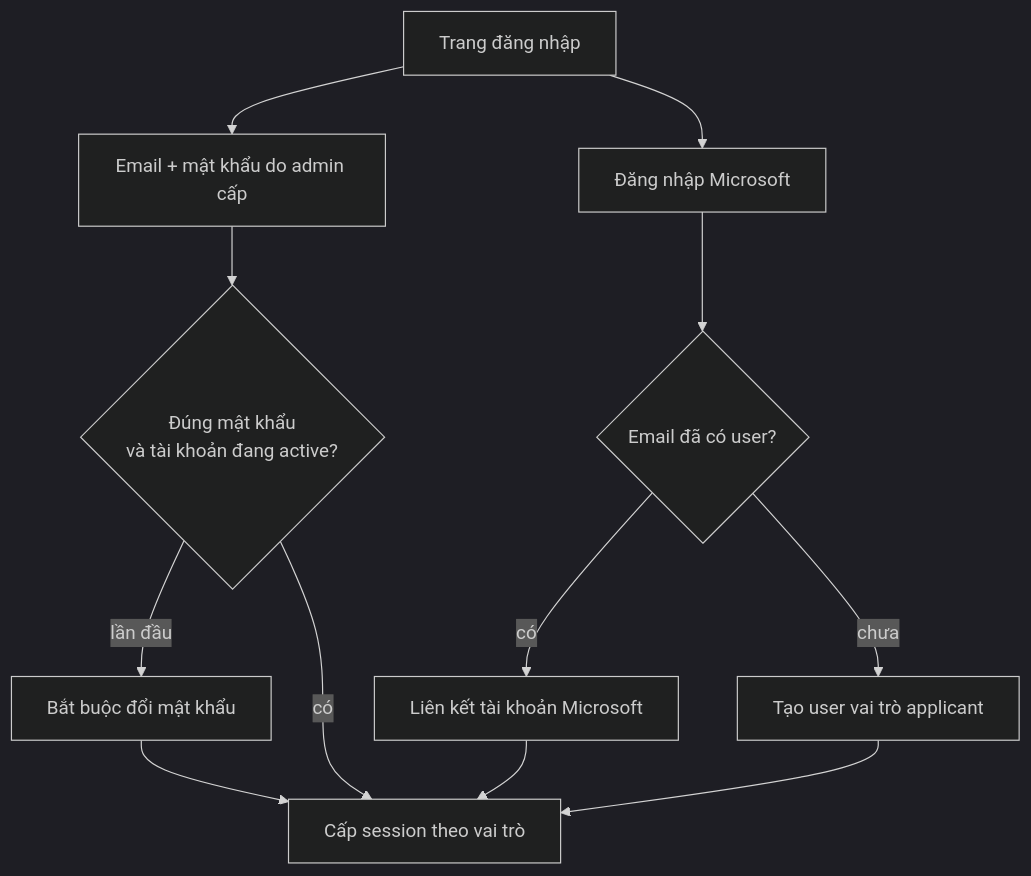
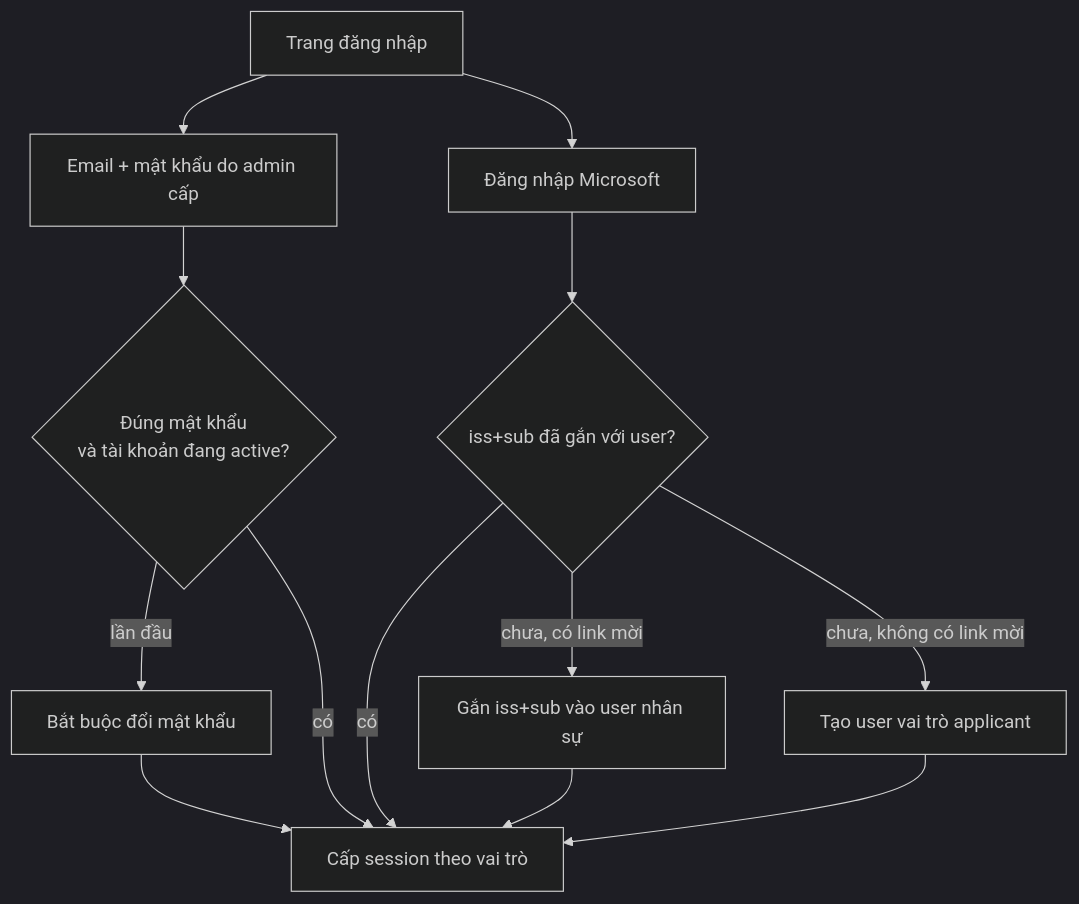
Before and after one commit to Tai-TZ/talent-hub: the second of 6 diagrams in docs/02-architecture.md, drawn with Mermaid (dark theme). The commit also changed other lines of this file and 8 other files, not shown here.

````diff
--- a/docs/02-architecture.md
+++ b/docs/02-architecture.md
@@ -70,11 +70,12 @@
 ```mermaid
 flowchart TD
   L[Trang đăng nhập] --> P[Email + mật khẩu do admin cấp]
   L --> M[Đăng nhập Microsoft]
   P --> V{Đúng mật khẩu<br/>và tài khoản đang active?}
   V -->|lần đầu| CP[Bắt buộc đổi mật khẩu] --> OK
   V -->|có| OK[Cấp session theo vai trò]
-  M --> E{Email đã có user?}
-  E -->|có| LINK[Liên kết tài khoản Microsoft] --> OK
-  E -->|chưa| NEW[Tạo user vai trò applicant] --> OK
+  M --> E{iss+sub đã gắn với user?}
+  E -->|có| OK
+  E -->|chưa, có link mời| LINK[Gắn iss+sub vào user nhân sự] --> OK
+  E -->|chưa, không có link mời| NEW[Tạo user vai trò applicant] --> OK
 ```
````
